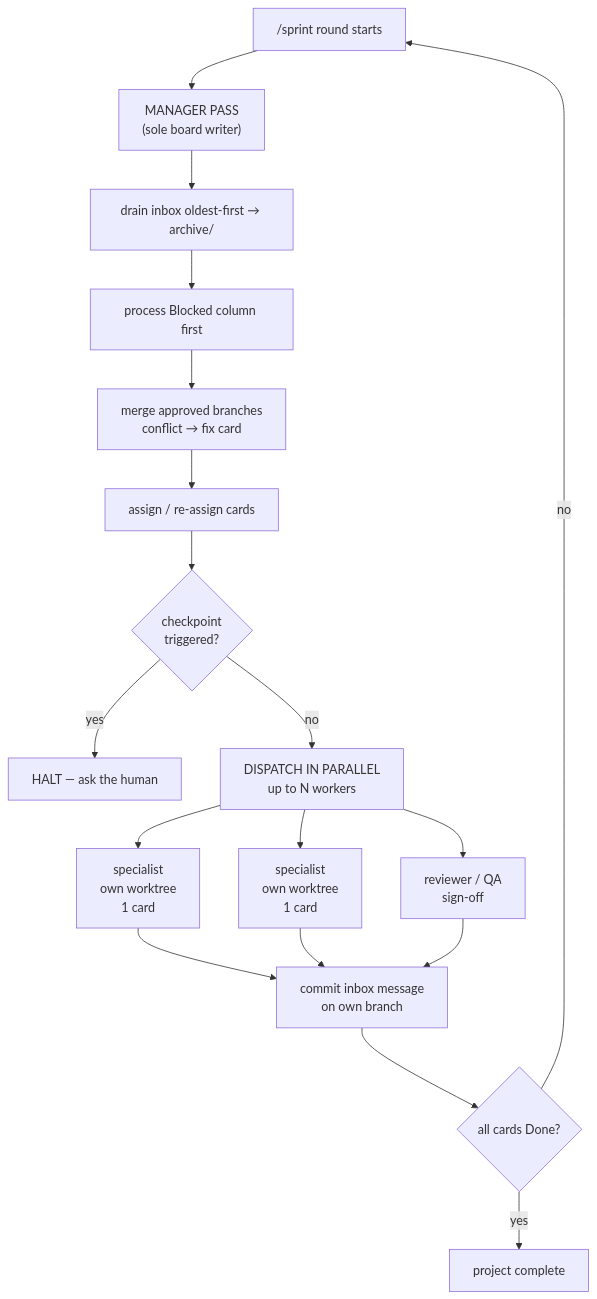
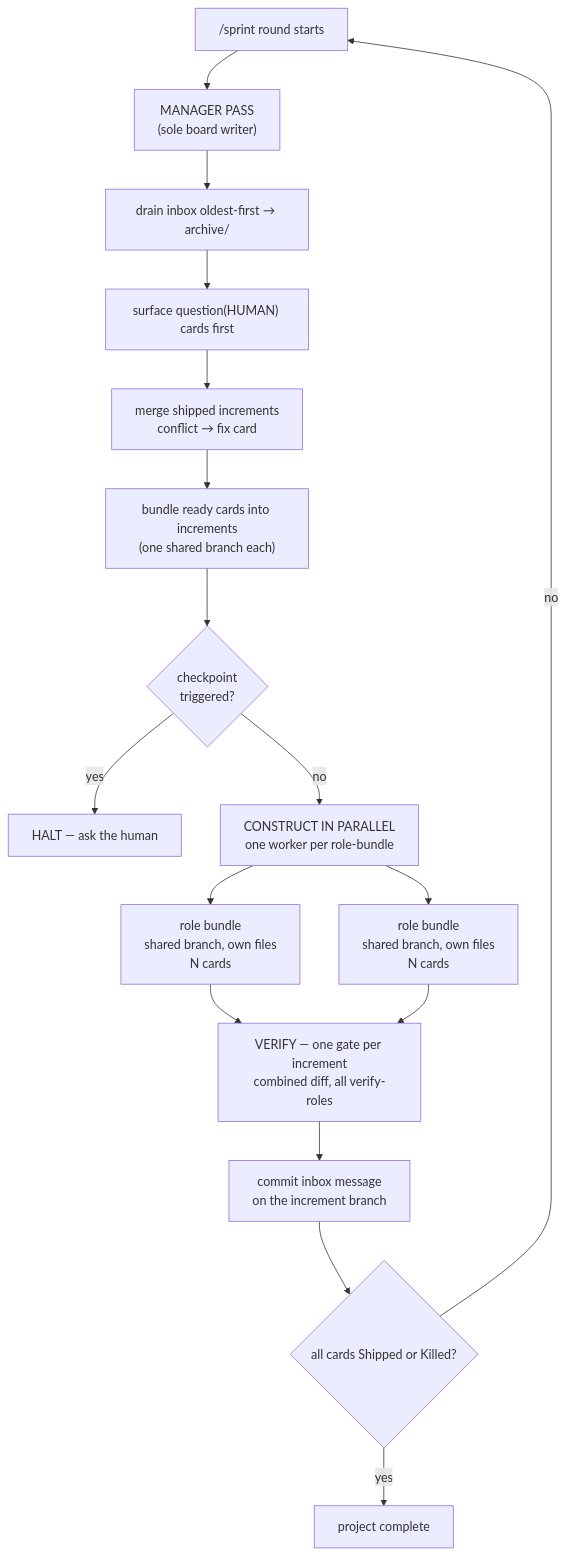
Before and after one commit to majipa007/boardroom: the diagram in README.md, drawn with Mermaid. The commit also changed other lines of this file and 2 other files, not shown here.

Commit message:
docs(rad): document increments, shared branch, killed column and clickable DoD

````diff
--- a/README.md
+++ b/README.md
@@ -98,20 +98,19 @@
 ```mermaid
 flowchart TD
     A["/sprint round starts"] --> B["MANAGER PASS<br/>(sole board writer)"]
     B --> B1["drain inbox oldest-first → archive/"]
-    B1 --> B2["process Blocked column first"]
-    B2 --> B3["merge approved branches<br/>conflict → fix card"]
-    B3 --> B4["assign / re-assign cards"]
+    B1 --> B2["surface question(HUMAN) cards first"]
+    B2 --> B3["merge shipped increments<br/>conflict → fix card"]
+    B3 --> B4["bundle ready cards into increments<br/>(one shared branch each)"]
     B4 --> C{"checkpoint<br/>triggered?"}
     C -->|yes| H["HALT — ask the human"]
-    C -->|no| D["DISPATCH IN PARALLEL<br/>up to N workers"]
-    D --> W1["specialist<br/>own worktree<br/>1 card"]
-    D --> W2["specialist<br/>own worktree<br/>1 card"]
-    D --> W3["reviewer / QA<br/>sign-off"]
-    W1 --> E["commit inbox message<br/>on own branch"]
-    W2 --> E
-    W3 --> E
-    E --> F{"all cards Done?"}
+    C -->|no| D["CONSTRUCT IN PARALLEL<br/>one worker per role-bundle"]
+    D --> W1["role bundle<br/>shared branch, own files<br/>N cards"]
+    D --> W2["role bundle<br/>shared branch, own files<br/>N cards"]
+    W1 --> V["VERIFY — one gate per increment<br/>combined diff, all verify-roles"]
+    W2 --> V
+    V --> E["commit inbox message<br/>on the increment branch"]
+    E --> F{"all cards Shipped or Killed?"}
     F -->|no| A
     F -->|yes| G["project complete"]
 ```
````
